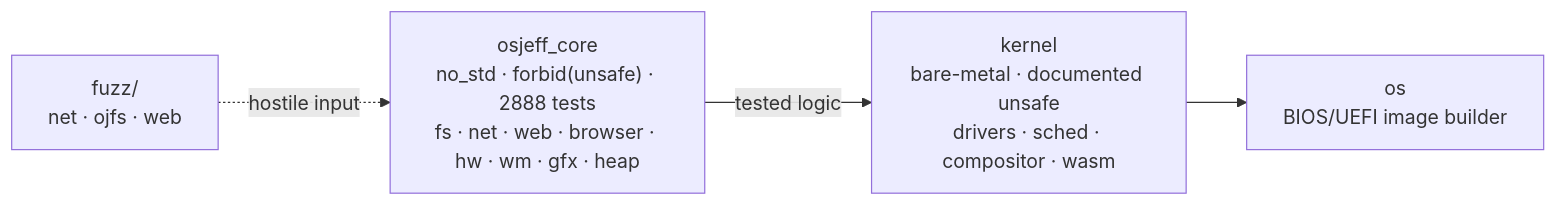
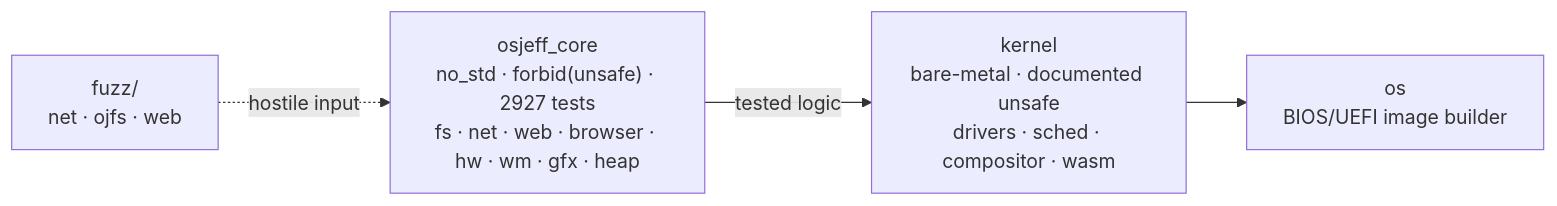
Before and after one commit to Jeffinp/OSjeff: the diagram in README.en.md, drawn with Mermaid. The commit also changed other lines of this file and 4 other files, not shown here.

````diff
--- a/README.en.md
+++ b/README.en.md
@@ -101,9 +101,9 @@
 ```mermaid
 flowchart LR
-    CORE["osjeff_core<br/>no_std · forbid(unsafe) · 2888 tests<br/>fs · net · web · browser · hw · wm · gfx · heap"]
+    CORE["osjeff_core<br/>no_std · forbid(unsafe) · 2927 tests<br/>fs · net · web · browser · hw · wm · gfx · heap"]
     KERNEL["kernel<br/>bare-metal · documented unsafe<br/>drivers · sched · compositor · wasm"]
     OS["os<br/>BIOS/UEFI image builder"]
     FUZZ["fuzz/<br/>net · ojfs · web"]
     CORE -->|tested logic| KERNEL --> OS
     FUZZ -.->|hostile input| CORE
 ```
````
